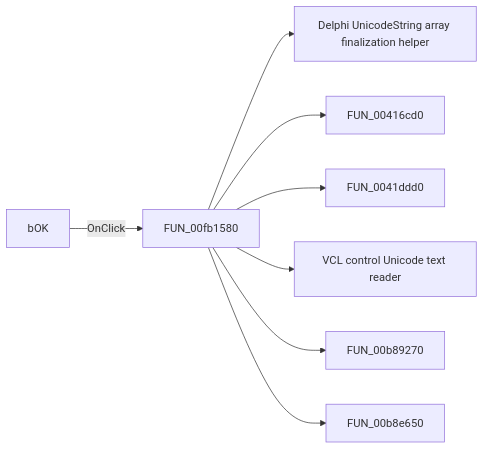
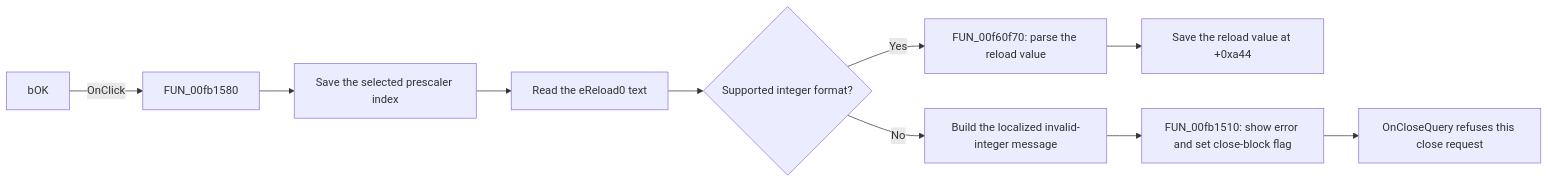
Before and after one commit to MovGP0/TIARA: the diagram in docs/ui-controls/dlgflowchartinterruptavrtmr0/bok-58d7b0152a.md, drawn with Mermaid. The commit also changed other lines of this file and 387 other files, not shown here.

````diff
--- a/docs/ui-controls/dlgflowchartinterruptavrtmr0/bok-58d7b0152a.md
+++ b/docs/ui-controls/dlgflowchartinterruptavrtmr0/bok-58d7b0152a.md
@@ -27,10 +33,12 @@
 ```mermaid
 flowchart LR
     control["bOK"] -->|OnClick| handler["FUN_00fb1580"]
-    handler --> call1["Delphi UnicodeString array finalization helper"]
-    handler --> call2["FUN_00416cd0"]
-    handler --> call3["FUN_0041ddd0"]
-    handler --> call4["VCL control Unicode text reader"]
-    handler --> call5["FUN_00b89270"]
-    handler --> call6["FUN_00b8e650"]
+    handler --> savePrescaler["Save the selected prescaler index"]
+    savePrescaler --> readReload["Read the eReload0 text"]
+    readReload --> validInteger{"Supported integer format?"}
+    validInteger -->|Yes| parseReload["FUN_00f60f70: parse the reload value"]
+    parseReload --> saveReload["Save the reload value at +0xa44"]
+    validInteger -->|No| buildError["Build the localized invalid-integer message"]
+    buildError --> showError["FUN_00fb1510: show error and set close-block flag"]
+    showError --> blockClose["OnCloseQuery refuses this close request"]
 ```
````
